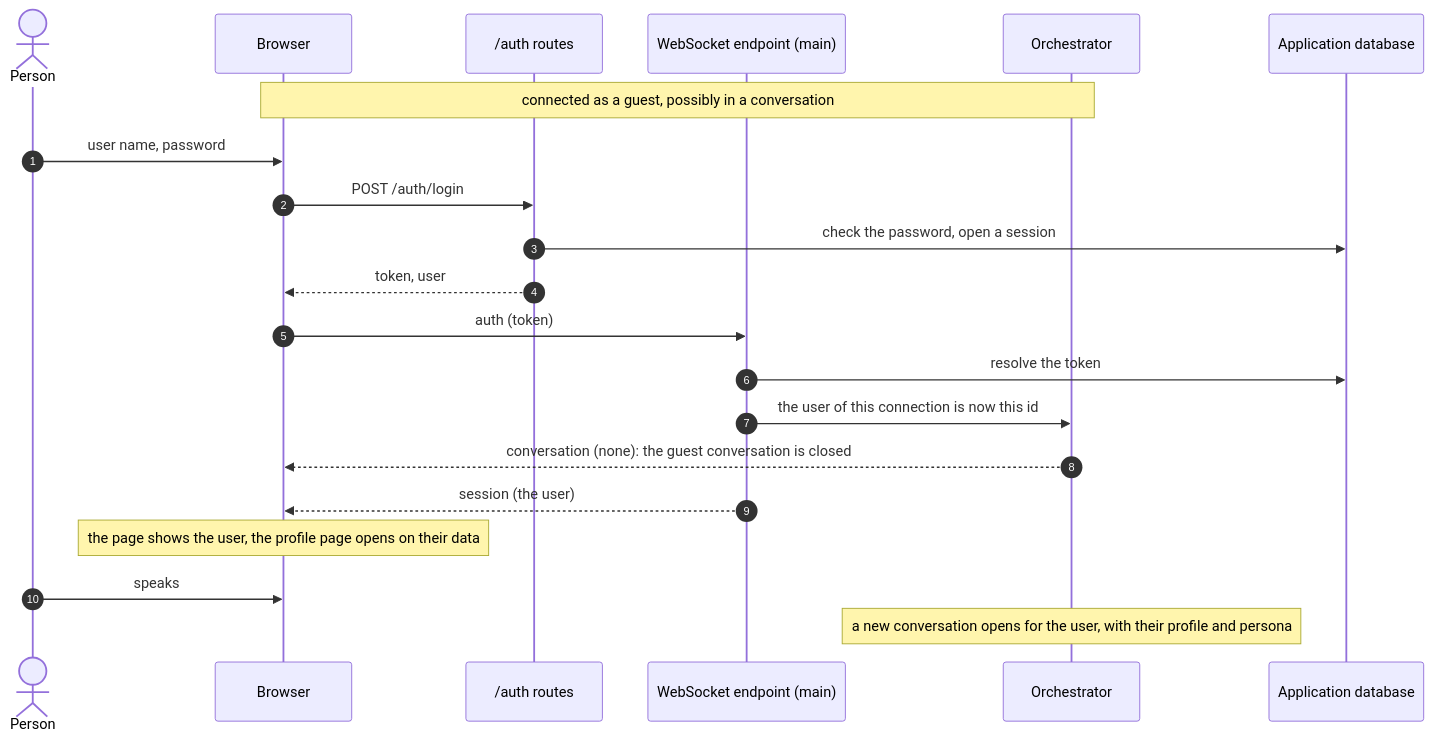
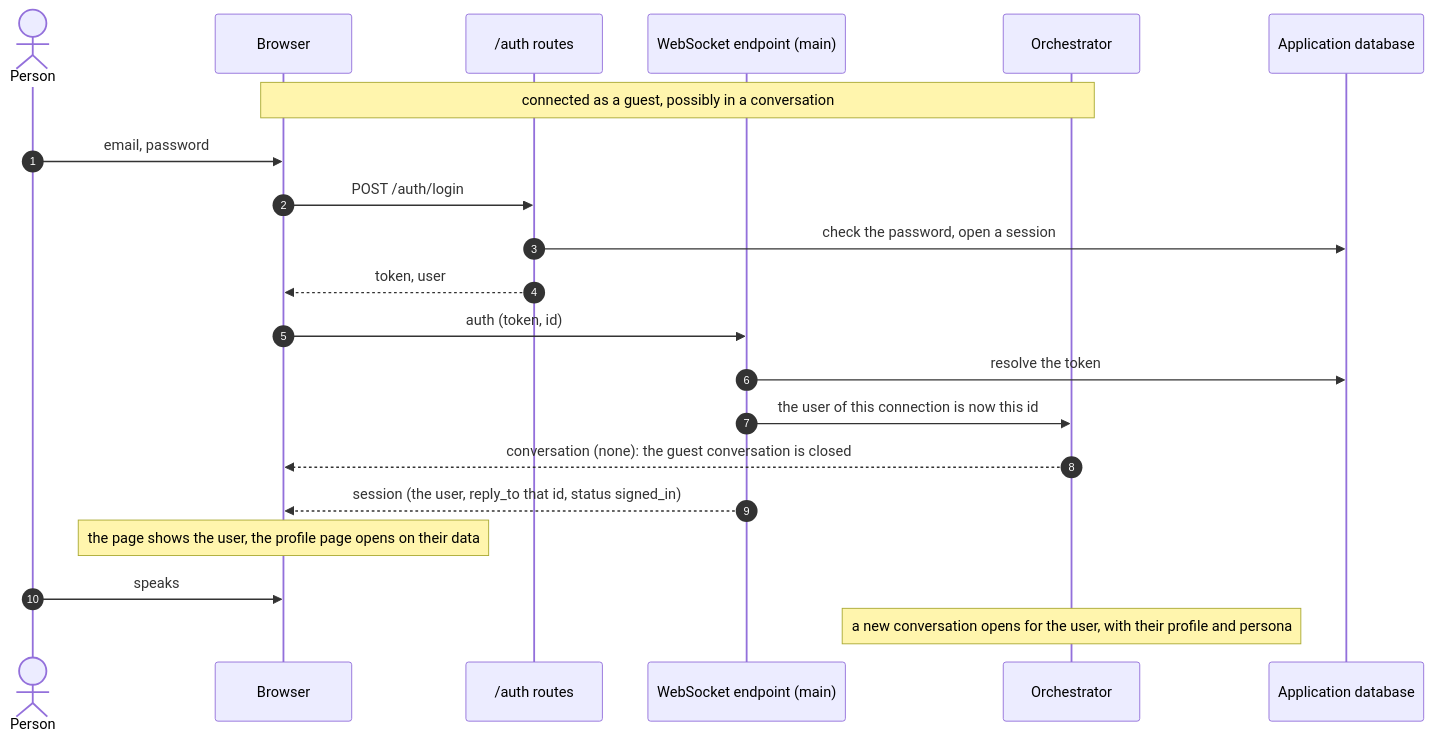
Before and after one commit to Learnheart/Avatar_AI: the third of 6 diagrams in docs/2026-10-13/sign-in/design.md, drawn with Mermaid. The commit also changed other lines of this file and 3 other files, not shown here.

First line of the commit message:
docs(update docs): draw the sign-in flow in the architecture dataflow

````diff
--- a/docs/2026-10-13/sign-in/design.md
+++ b/docs/2026-10-13/sign-in/design.md
@@ -138,24 +148,24 @@
 ```mermaid
 sequenceDiagram
     autonumber
     actor P as Person
     participant F as Browser
     participant A as /auth routes
     participant M as WebSocket endpoint (main)
     participant O as Orchestrator
     participant D as Application database
 
     Note over F,O: connected as a guest, possibly in a conversation
-    P->>F: user name, password
+    P->>F: email, password
     F->>A: POST /auth/login
     A->>D: check the password, open a session
     A-->>F: token, user
-    F->>M: auth (token)
+    F->>M: auth (token, id)
     M->>D: resolve the token
     M->>O: the user of this connection is now this id
     O-->>F: conversation (none): the guest conversation is closed
-    M-->>F: session (the user)
+    M-->>F: session (the user, reply_to that id, status signed_in)
     Note over F: the page shows the user, the profile page opens on their data
     P->>F: speaks
     Note over O: a new conversation opens for the user, with their profile and persona
 ```
````
